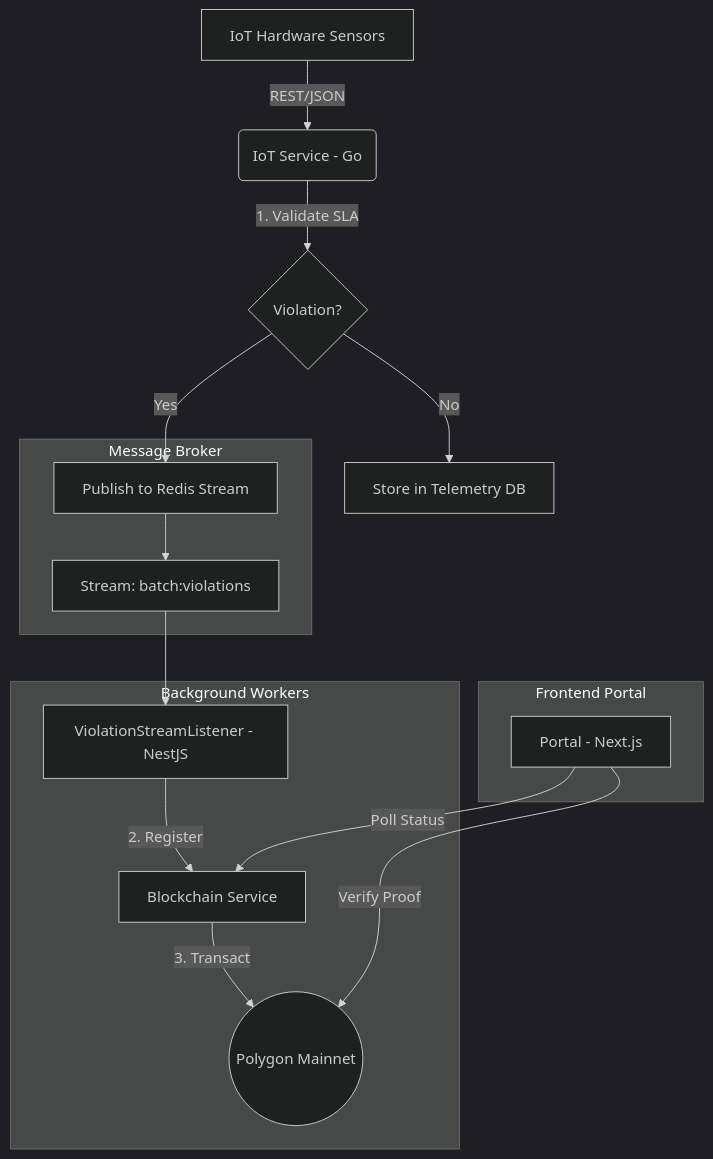
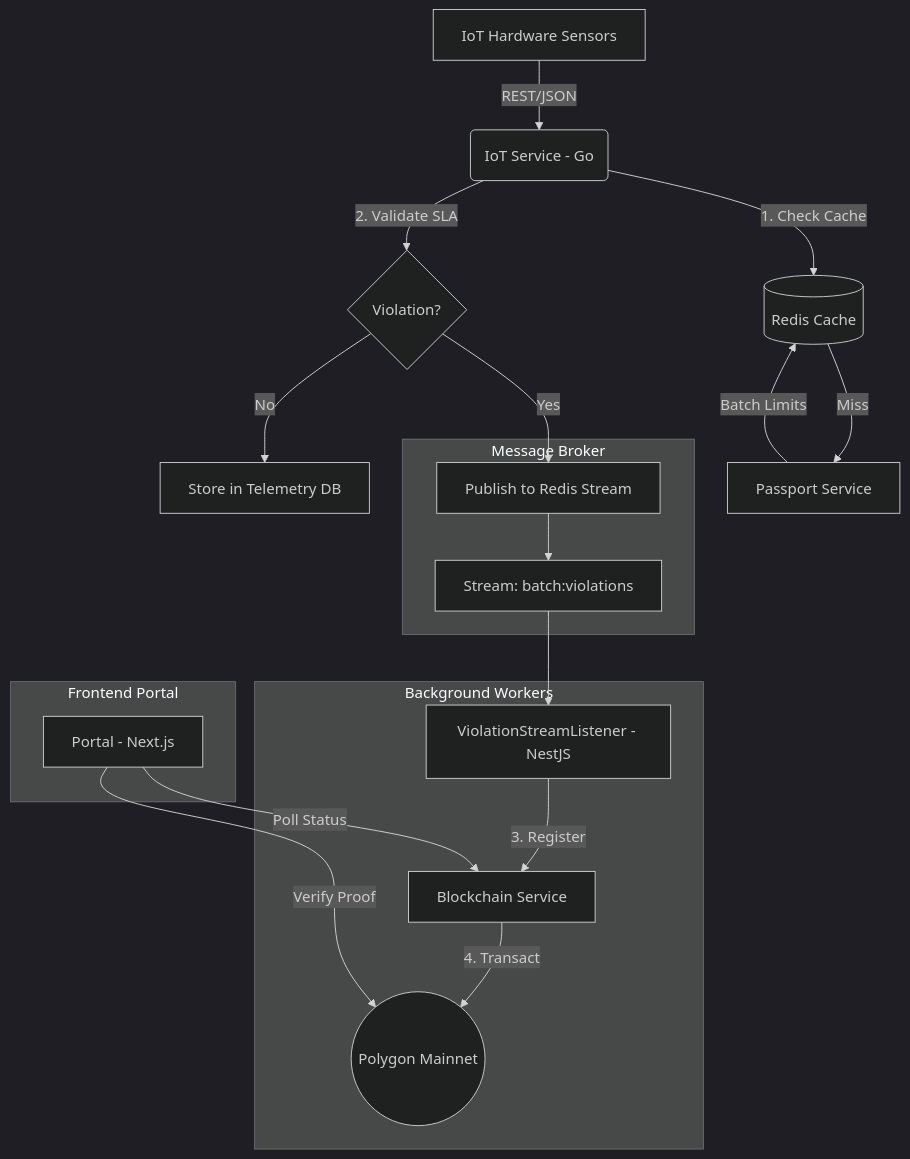
The diagram in docs/ARCHITECTURE_V2.md (Viphunter83/Global-FoodTech-Bridge), drawn with Mermaid (dark theme) before and after one commit. The commit also changed other lines of this file and 8 other files, not shown here.

````diff
--- a/docs/ARCHITECTURE_V2.md
+++ b/docs/ARCHITECTURE_V2.md
@@ -7,22 +7,25 @@
 ```mermaid
 graph TD
     A[IoT Hardware Sensors] -->|REST/JSON| B(IoT Service - Go)
-    B -->|1. Validate SLA| C{Violation?}
+    B -->|1. Check Cache| R[(Redis Cache)]
+    R -->|Miss| P[Passport Service]
+    P -->|Batch Limits| R
+    B -->|2. Validate SLA| C{Violation?}
     C -->|Yes| D[Publish to Redis Stream]
     C -->|No| E[Store in Telemetry DB]
     
     subgraph Message Broker
     D --> F[Stream: batch:violations]
     end
     
     subgraph Background Workers
     F --> G[ViolationStreamListener - NestJS]
-    G -->|2. Register| H[Blockchain Service]
-    H -->|3. Transact| I((Polygon Mainnet))
+    G -->|3. Register| H[Blockchain Service]
+    H -->|4. Transact| I((Polygon Mainnet))
     end
     
     subgraph Frontend Portal
     J[Portal - Next.js] -->|Poll Status| H
     J -->|Verify Proof| I
     end
 ```
````
